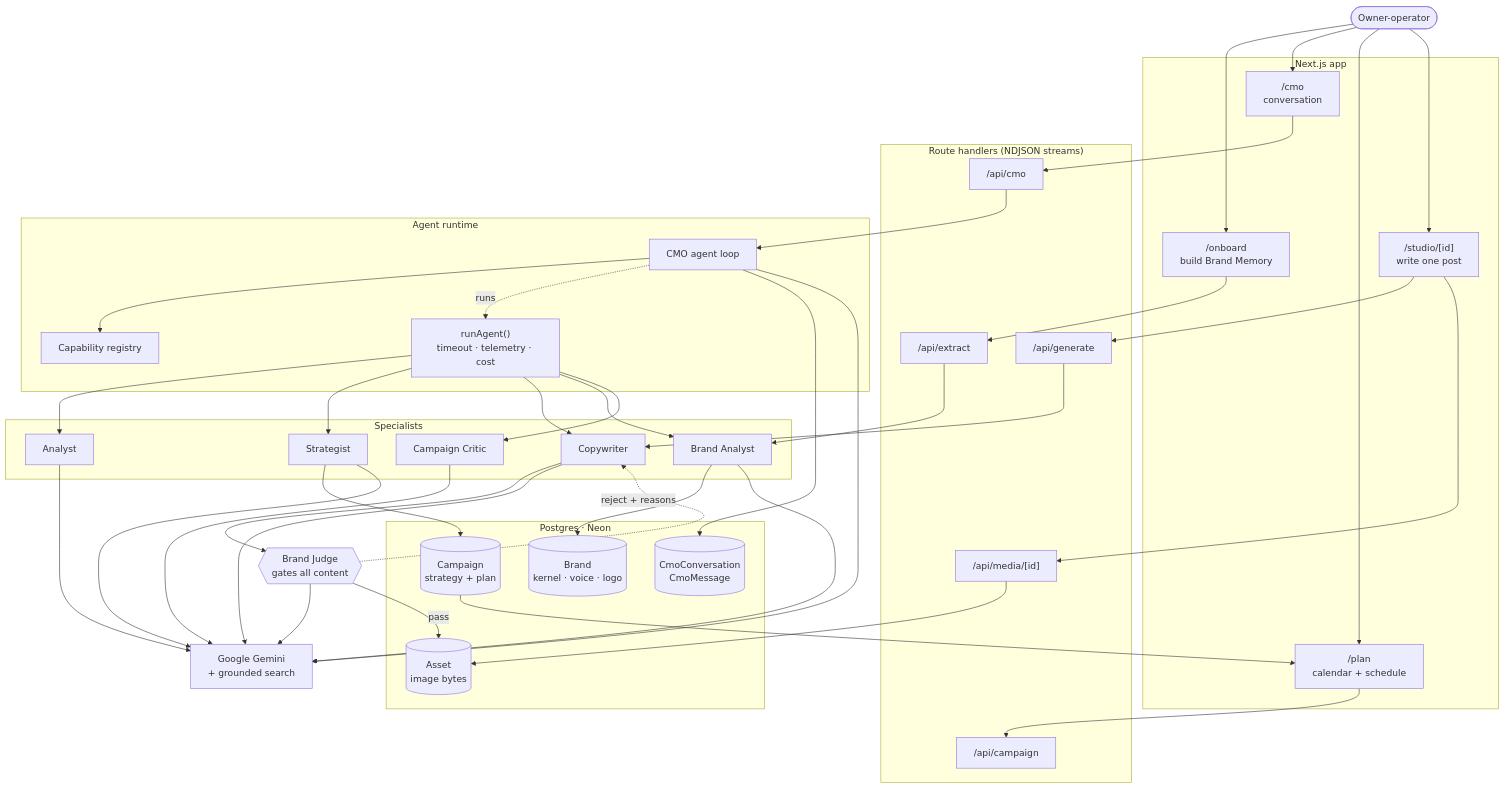
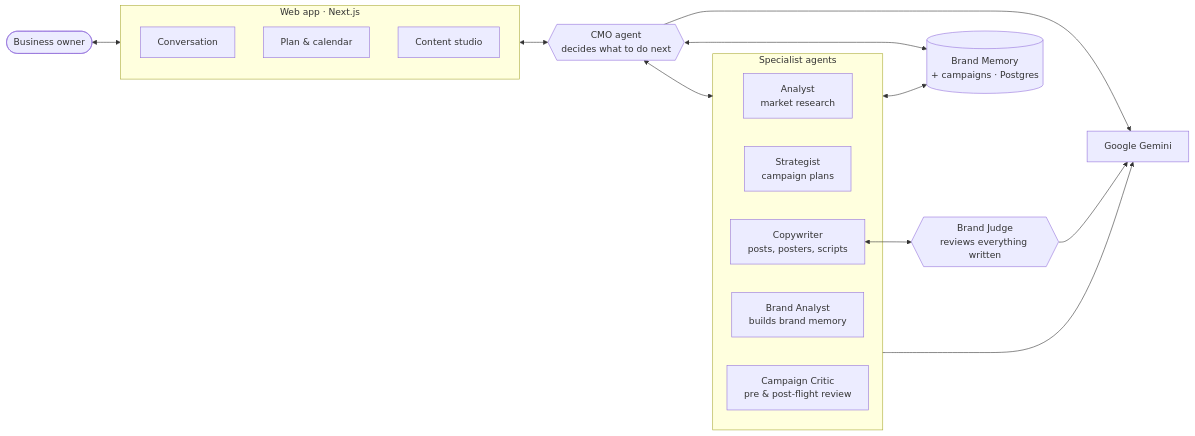
Before and after one commit to VishnuRam04/YEI-CMO: the first of 2 diagrams in docs/ARCHITECTURE.md, drawn with Mermaid. The commit also changed other lines of this file, not shown here.

First line of the commit message:
docs: cut the architecture down to what belongs in a deck

````diff
--- a/docs/ARCHITECTURE.md
+++ b/docs/ARCHITECTURE.md
@@ -12,66 +11,32 @@
 ```mermaid
-flowchart TB
-    User([Owner-operator])
+flowchart LR
+    User([Business owner])
 
-    subgraph UI["Next.js app"]
-        Onboard["/onboard<br/>build Brand Memory"]
-        Chat["/cmo<br/>conversation"]
-        Plan["/plan<br/>calendar + schedule"]
-        Studio["/studio/[id]<br/>write one post"]
+    subgraph App["Web app · Next.js"]
+        Chat["Conversation"]
+        Plan["Plan & calendar"]
+        Studio["Content studio"]
     end
 
-    subgraph API["Route handlers (NDJSON streams)"]
-        RCmo["/api/cmo"]
-        RGen["/api/generate"]
-        RCamp["/api/campaign"]
-        RExtract["/api/extract"]
-        RMedia["/api/media/[id]"]
+    CMO{{"CMO agent<br/>decides what to do next"}}
+
+    subgraph Team["Specialist agents"]
+        Analyst["Analyst<br/>market research"]
+        Strategist["Strategist<br/>campaign plans"]
+        Copywriter["Copywriter<br/>posts, posters, scripts"]
+        BrandAnalyst["Brand Analyst<br/>builds brand memory"]
+        Critic["Campaign Critic<br/>pre & post-flight review"]
     end
 
-    subgraph Core["Agent runtime"]
-        Runner["runAgent()<br/>timeout · telemetry · cost"]
-        Loop["CMO agent loop"]
-        Registry["Capability registry"]
-    end
+    Judge{{"Brand Judge<br/>reviews everything written"}}
+    Memory[("Brand Memory<br/>+ campaigns · Postgres")]
+    LLM["Google Gemini"]
 
-    subgraph Agents["Specialists"]
-        Analyst["Analyst"]
-        Strategist["Strategist"]
-        Copywriter["Copywriter"]
-        BrandAnalyst["Brand Analyst"]
-        Critic["Campaign Critic"]
-    end
-
-    Judge{{"Brand Judge<br/>gates all content"}}
-
-    subgraph Data["Postgres · Neon"]
-        Brand[("Brand<br/>kernel · voice · logo")]
-        Convo[("CmoConversation<br/>CmoMessage")]
-        Campaign[("Campaign<br/>strategy + plan")]
-        AssetT[("Asset<br/>image bytes")]
-    end
-
-    Ext["Google Gemini<br/>+ grounded search"]
-
-    User --> Onboard & Chat & Plan & Studio
-    Onboard --> RExtract --> BrandAnalyst
-    Chat --> RCmo --> Loop
-    Plan --> RCamp
-    Studio --> RGen --> Copywriter
-    Studio --> RMedia --> AssetT
-
-    Loop --> Registry
-    Loop -.runs.-> Runner
-    Runner --> Analyst & Strategist & Copywriter & BrandAnalyst & Critic
-
-    Copywriter --> Judge
-    Judge -->|pass| AssetT
-    Judge -.reject + reasons.-> Copywriter
-
-    BrandAnalyst --> Brand
-    Loop --> Convo
-    Strategist --> Campaign
-    Campaign --> Plan
-
-    Analyst & Strategist & Copywriter & BrandAnalyst & Critic & Loop & Judge --> Ext
+    User <--> App
+    App <--> CMO
+    CMO <--> Team
+    Copywriter <--> Judge
+    Team <--> Memory
+    CMO <--> Memory
+    Team & CMO & Judge --> LLM
 ```
````
